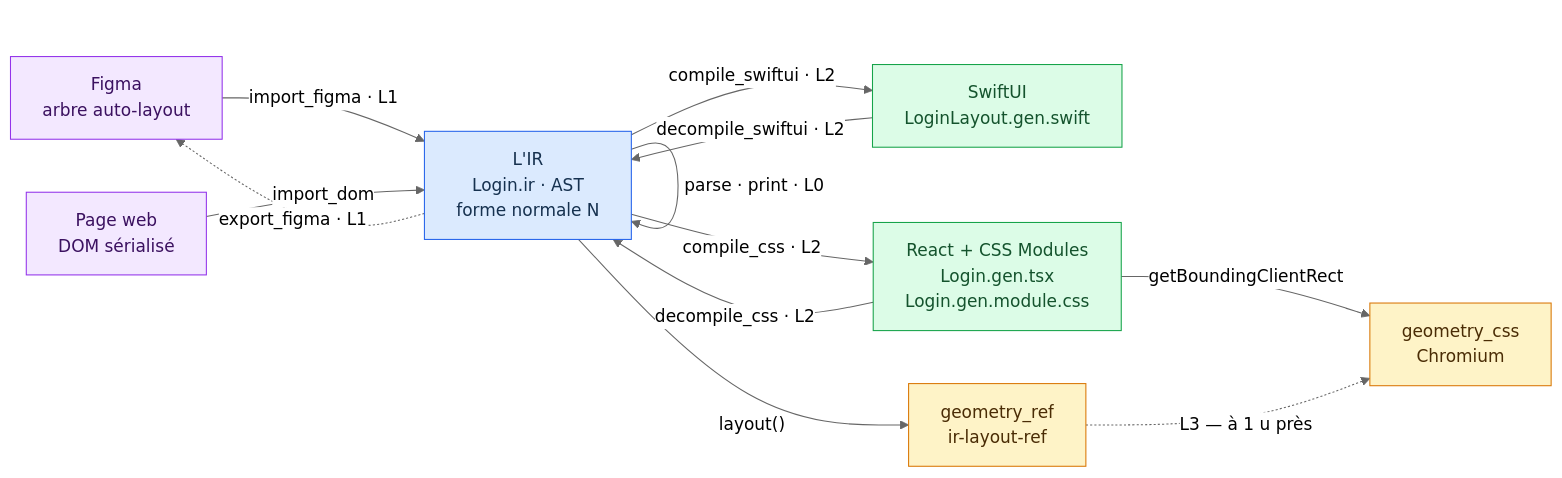
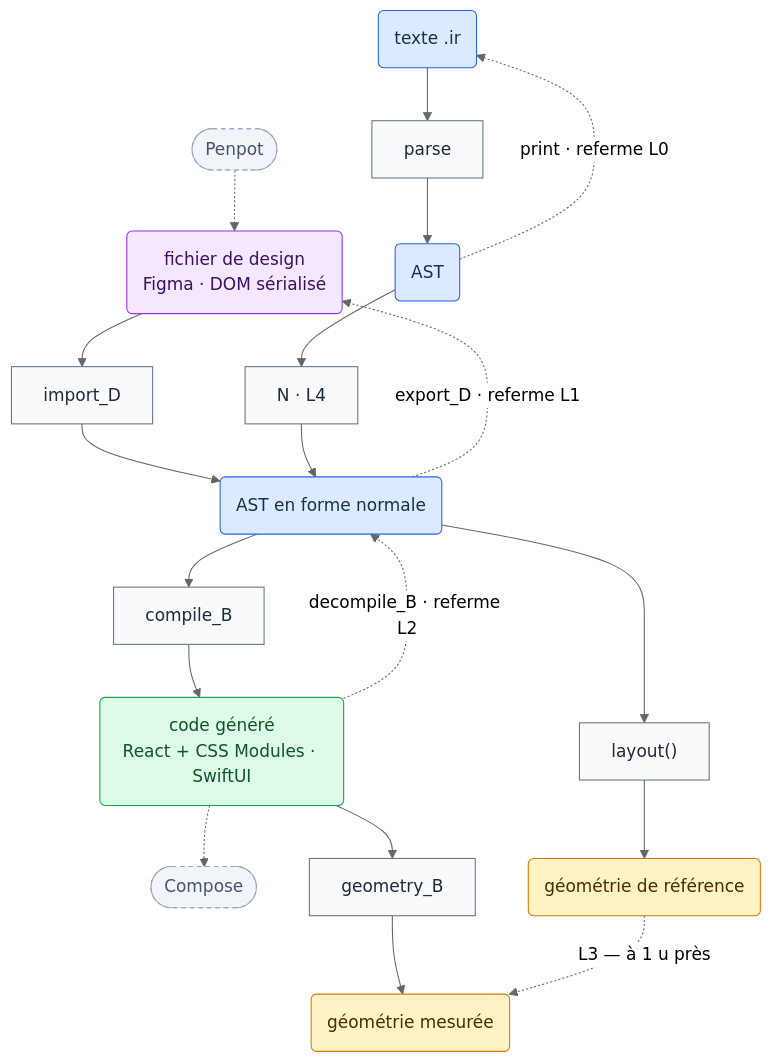
Before and after one commit to thoo-ma/design-and-code: the first of 4 diagrams in docs/architecture.md, drawn with Mermaid (neutral theme). The commit also changed other lines of this file and 1 other file, not shown here.

````diff
--- a/docs/architecture.md
+++ b/docs/architecture.md
@@ -13,36 +13,45 @@
 ```mermaid
-flowchart LR
-  figma["Figma<br/>arbre auto-layout"]
-  dom["Page web<br/>DOM sérialisé"]
+flowchart TB
+  pen(["Penpot"])
+  d("fichier de design<br/>Figma · DOM sérialisé")
+  t("texte .ir")
+  a("AST")
+  n("AST en forme normale")
+  c("code généré<br/>React + CSS Modules · SwiftUI")
+  comp(["Compose"])
+  gr("géométrie de référence")
+  gb("géométrie mesurée")
 
-  ir["L'IR<br/>Login.ir · AST<br/>forme normale N"]
+  imp["import_D"]
+  par["parse"]
+  nrm["N · L4"]
+  cmp["compile_B"]
+  lay["layout()"]
+  geo["geometry_B"]
 
-  web["React + CSS Modules<br/>Login.gen.tsx<br/>Login.gen.module.css"]
-  swift["SwiftUI<br/>LoginLayout.gen.swift"]
+  pen -.-> d
+  d --> imp --> n
+  t --> par --> a --> nrm --> n
+  n --> cmp --> c
+  c -.-> comp
+  n --> lay --> gr
+  c --> geo --> gb
 
-  gref["geometry_ref<br/>ir-layout-ref"]
-  gcss["geometry_css<br/>Chromium"]
+  n -. "export_D · referme L1" .-> d
+  a -. "print · referme L0" .-> t
+  c -. "decompile_B · referme L2" .-> n
+  gr -. "L3 — à 1 u près" .-> gb
 
-  figma -- "import_figma · L1" --> ir
-  ir -. "export_figma · L1" .-> figma
-  dom -- "import_dom" --> ir
-  ir -- "parse · print · L0" --> ir
-
-  ir -- "compile_css · L2" --> web
-  web -- "decompile_css · L2" --> ir
-  ir -- "compile_swiftui · L2" --> swift
-  swift -- "decompile_swiftui · L2" --> ir
-
-  ir -- "layout()" --> gref
-  web -- "getBoundingClientRect" --> gcss
-  gref -. "L3 — à 1 u près" .-> gcss
-
-  classDef coeur fill:#dbeafe,stroke:#2563eb,color:#16314f
+  classDef repr fill:#dbeafe,stroke:#2563eb,color:#16314f
   classDef externe fill:#f3e8ff,stroke:#9333ea,color:#3b1160
   classDef cible fill:#dcfce7,stroke:#16a34a,color:#14532d
   classDef mesure fill:#fef3c7,stroke:#d97706,color:#4a2c05
-  class ir coeur
-  class figma,dom externe
-  class web,swift cible
-  class gref,gcss mesure
+  classDef passe fill:#f8fafc,stroke:#64748b,color:#1e293b
+  classDef satellite fill:#f1f5f9,stroke:#94a3b8,stroke-dasharray:4 4,color:#475569
+  class t,a,n repr
+  class d externe
+  class c cible
+  class gr,gb mesure
+  class imp,par,nrm,cmp,lay,geo passe
+  class pen,comp satellite
 ```
````
